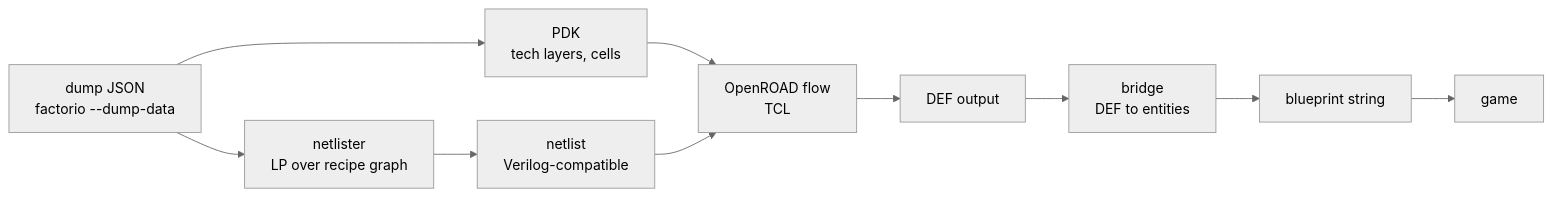
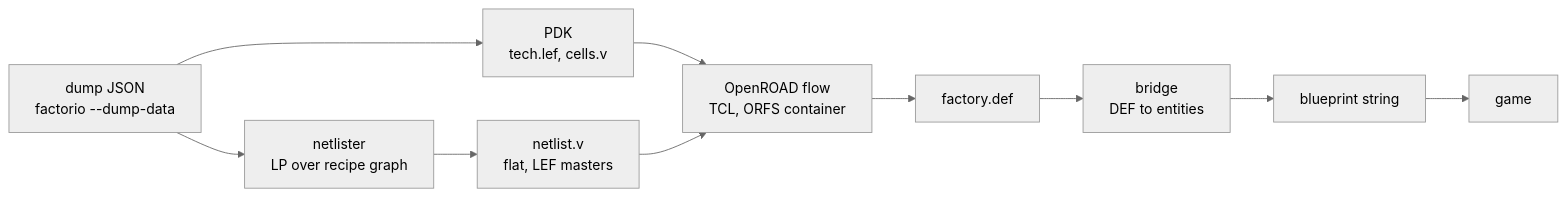
One commit to atvrager/factorilog changed the diagram in README.md. Above: the diagram before and after it, drawn with Mermaid (neutral theme). The commit also changed other lines of this file and 7 other files, not shown here.

First line of the commit message:
Add OpenROAD flow stage in the ORFS container

````diff
--- a/README.md
+++ b/README.md
@@ -21,12 +21,12 @@
 ```mermaid
 graph LR
-  D[dump JSON<br/>factorio --dump-data] --> P[PDK<br/>tech layers, cells]
+  D[dump JSON<br/>factorio --dump-data] --> P[PDK<br/>tech.lef, cells.v]
   D --> S[netlister<br/>LP over recipe graph]
-  S --> N[netlist<br/>Verilog-compatible]
-  P --> O[OpenROAD flow<br/>TCL]
+  S --> N[netlist.v<br/>flat, LEF masters]
+  P --> O[OpenROAD flow<br/>TCL, ORFS container]
   N --> O
-  O --> DEF[DEF output]
+  O --> DEF[factory.def]
   DEF --> B[bridge<br/>DEF to entities]
   B --> E[blueprint string]
   E --> G[game]
 ```
````
